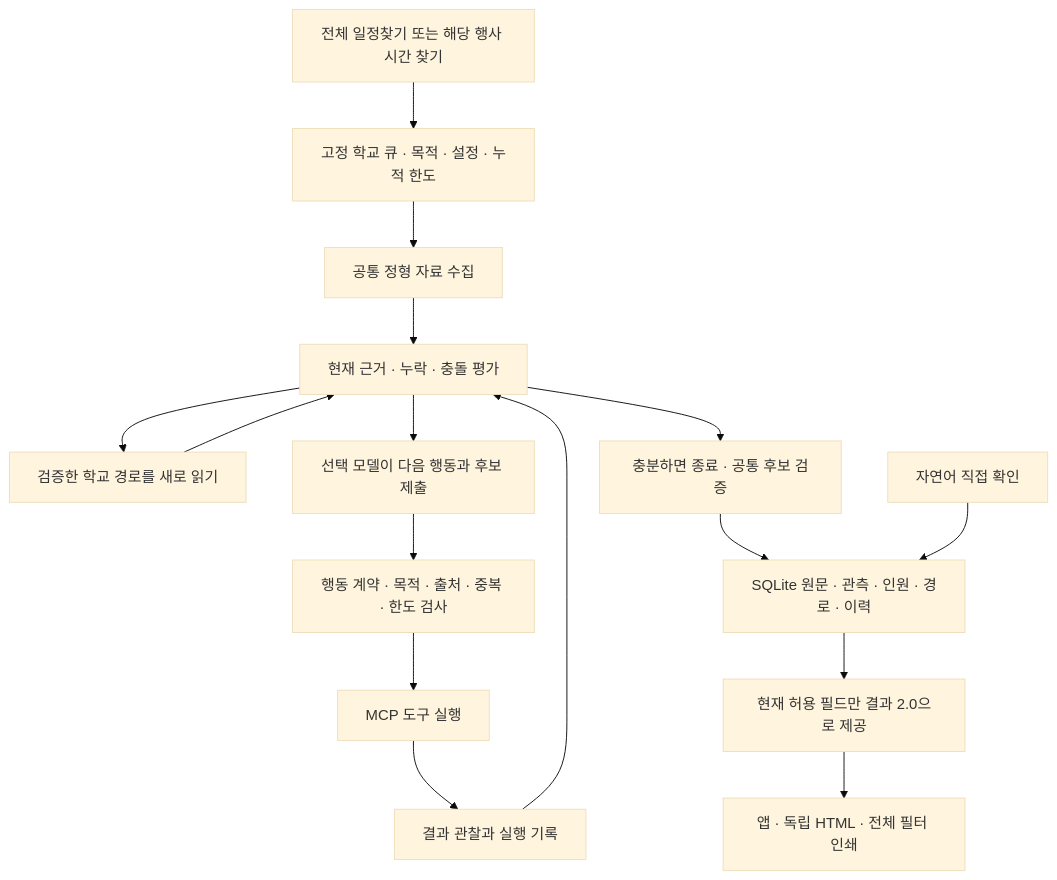
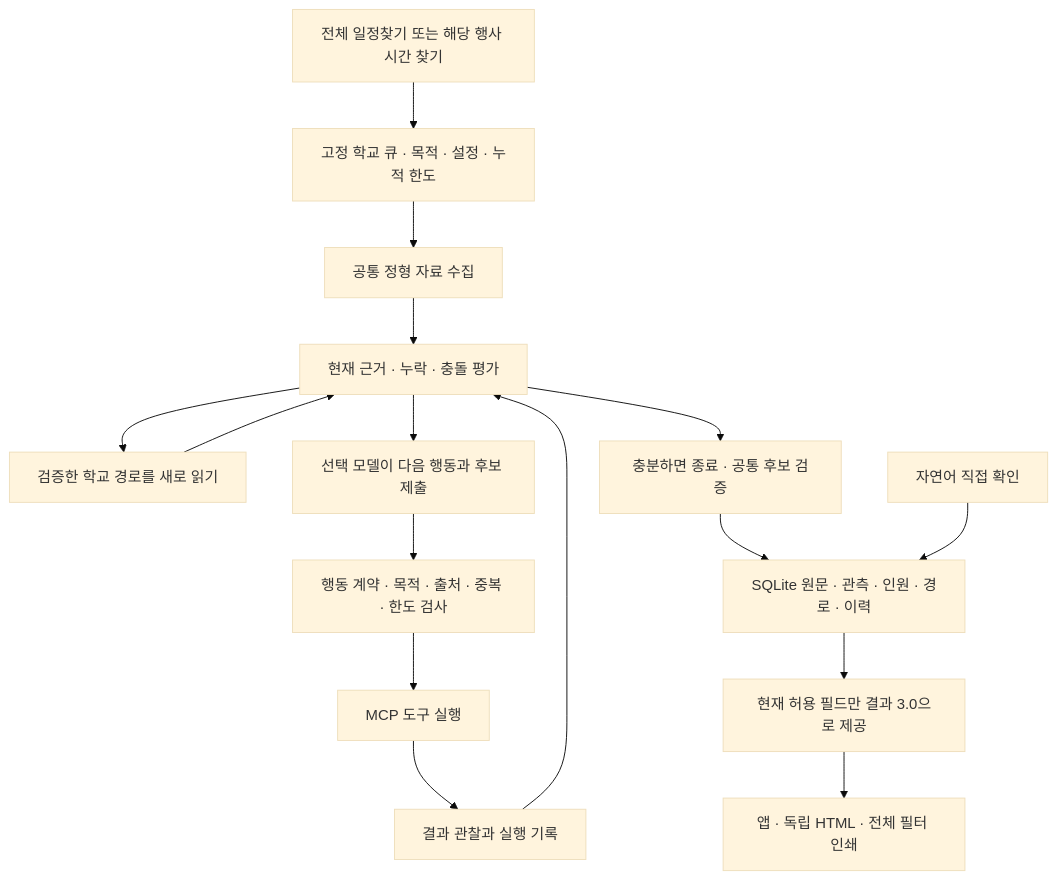
Before and after one commit to huizoo/gwangju-graduation-search-agent: the diagram in docs/ARCHITECTURE.md, drawn with Mermaid (base theme). The commit also changed other lines of this file and 13 other files, not shown here.

````diff
--- a/docs/ARCHITECTURE.md
+++ b/docs/ARCHITECTURE.md
@@ -7,18 +7,18 @@
 ```mermaid
 flowchart TD
   U[전체 일정찾기 또는 해당 행사 시간 찾기] --> J[고정 학교 큐 · 목적 · 설정 · 누적 한도]
   J --> S[공통 정형 자료 수집]
   S --> E[현재 근거 · 누락 · 충돌 평가]
   E --> R[검증한 학교 경로를 새로 읽기]
   R --> E
   E --> A[선택 모델이 다음 행동과 후보 제출]
   A --> C[행동 계약 · 목적 · 출처 · 중복 · 한도 검사]
   C --> T[MCP 도구 실행]
   T --> O[결과 관찰과 실행 기록]
   O --> E
   E --> V[충분하면 종료 · 공통 후보 검증]
   V --> D[SQLite 원문 · 관측 · 인원 · 경로 · 이력]
   N[자연어 직접 확인] --> D
-  D --> P[현재 허용 필드만 결과 2.0으로 제공]
+  D --> P[현재 허용 필드만 결과 3.0으로 제공]
   P --> UI[앱 · 독립 HTML · 전체 필터 인쇄]
 ```
````
